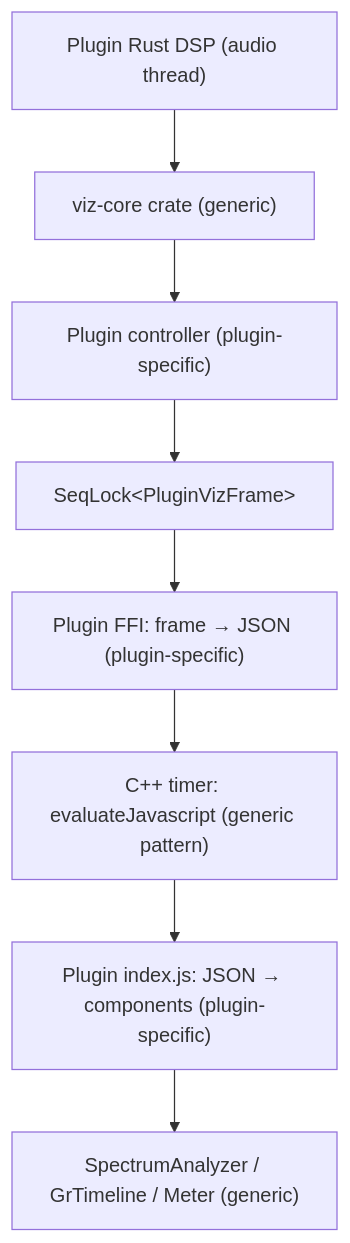
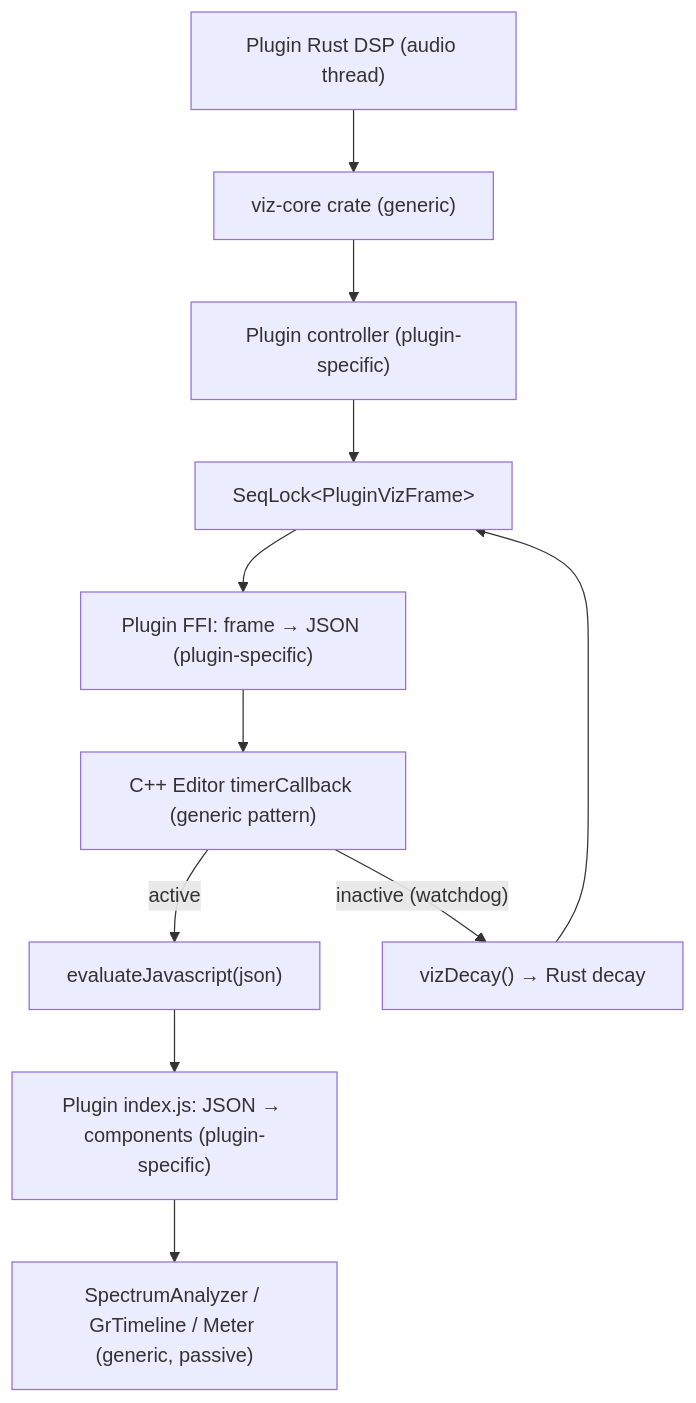
The first of 2 diagrams in rust-auv2-docs/viz-architecture.md (Da1sypetals/opinionated-apc), drawn with Mermaid before and after one commit. The commit also changed other lines of this file and 24 other files, not shown here.

````diff
--- a/rust-auv2-docs/viz-architecture.md
+++ b/rust-auv2-docs/viz-architecture.md
@@ -11,10 +11,13 @@
 ```mermaid
 graph TD
     A["Plugin Rust DSP (audio thread)"] --> B["viz-core crate (generic)"]
     B --> C["Plugin controller (plugin-specific)"]
     C --> D["SeqLock&lt;PluginVizFrame&gt;"]
     D --> E["Plugin FFI: frame → JSON (plugin-specific)"]
-    E --> F["C++ timer: evaluateJavascript (generic pattern)"]
-    F --> G["Plugin index.js: JSON → components (plugin-specific)"]
-    G --> H["SpectrumAnalyzer / GrTimeline / Meter (generic)"]
+    E --> F["C++ Editor timerCallback (generic pattern)"]
+    F -->|"active"| G["evaluateJavascript(json)"]
+    F -->|"inactive (watchdog)"| H["vizDecay() → Rust decay"]
+    H --> D
+    G --> I["Plugin index.js: JSON → components (plugin-specific)"]
+    I --> J["SpectrumAnalyzer / GrTimeline / Meter (generic, passive)"]
 ```
````
